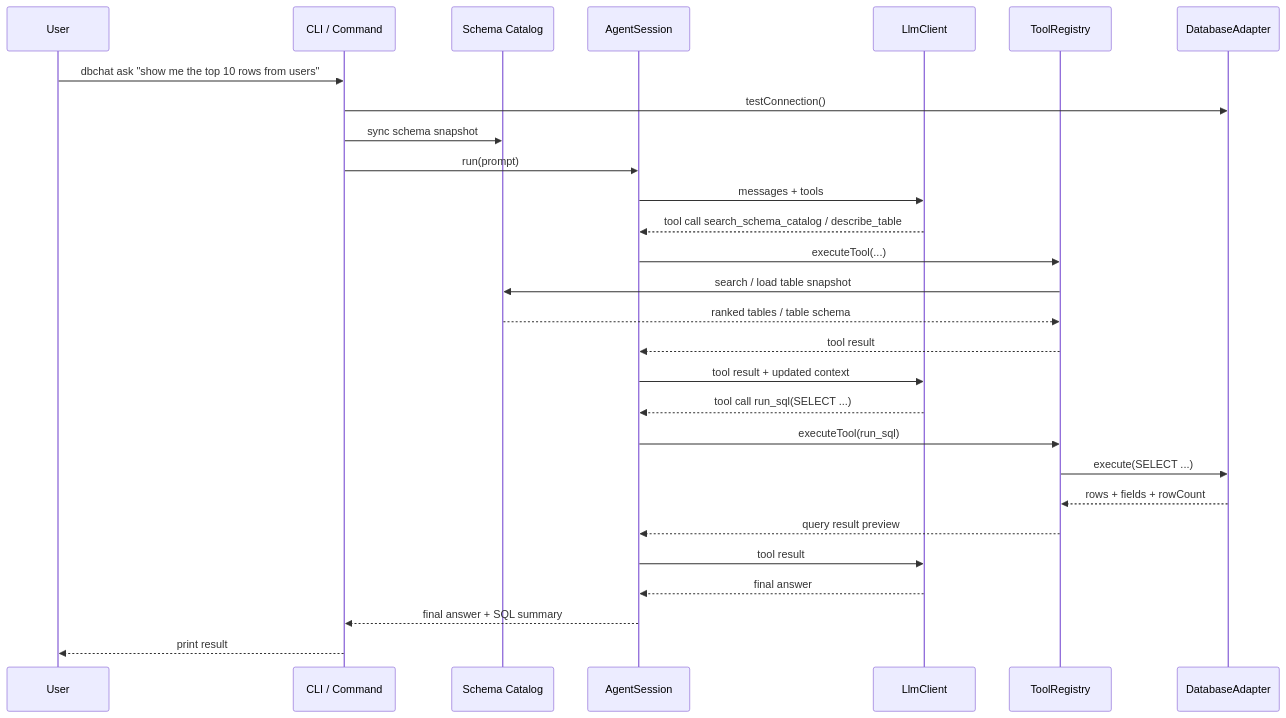
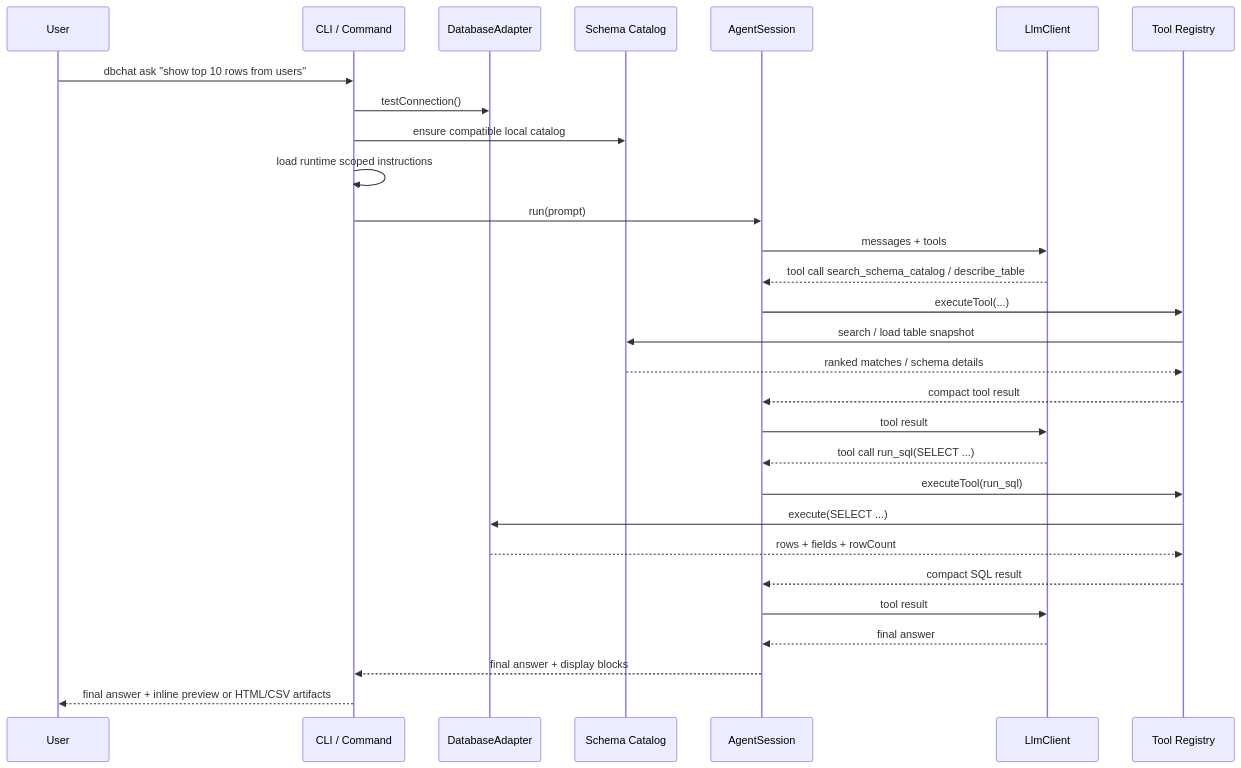
One commit to Codewarning/dbchat-cli changed the third of 6 diagrams in docs/architecture-diagrams.md. Above: the diagram before and after it, drawn with Mermaid. The commit also changed other lines of this file and 84 other files, not shown here.

````diff
--- a/docs/architecture-diagrams.md
+++ b/docs/architecture-diagrams.md
@@ -101,31 +102,32 @@
 ```mermaid
 sequenceDiagram
     participant User
     participant CLI as CLI / Command
+    participant DB as DatabaseAdapter
     participant Catalog as Schema Catalog
     participant Agent as AgentSession
     participant LLM as LlmClient
-    participant Tools as ToolRegistry
-    participant DB as DatabaseAdapter
+    participant Tools as Tool Registry
 
-    User->>CLI: dbchat ask "show me the top 10 rows from users"
+    User->>CLI: dbchat ask "show top 10 rows from users"
     CLI->>DB: testConnection()
-    CLI->>Catalog: sync schema snapshot
+    CLI->>Catalog: ensure compatible local catalog
+    CLI->>CLI: load runtime scoped instructions
     CLI->>Agent: run(prompt)
     Agent->>LLM: messages + tools
     LLM-->>Agent: tool call search_schema_catalog / describe_table
     Agent->>Tools: executeTool(...)
     Tools->>Catalog: search / load table snapshot
-    Catalog-->>Tools: ranked tables / table schema
-    Tools-->>Agent: tool result
-    Agent->>LLM: tool result + updated context
+    Catalog-->>Tools: ranked matches / schema details
+    Tools-->>Agent: compact tool result
+    Agent->>LLM: tool result
     LLM-->>Agent: tool call run_sql(SELECT ...)
     Agent->>Tools: executeTool(run_sql)
     Tools->>DB: execute(SELECT ...)
     DB-->>Tools: rows + fields + rowCount
-    Tools-->>Agent: query result preview
+    Tools-->>Agent: compact SQL result
     Agent->>LLM: tool result
     LLM-->>Agent: final answer
-    Agent-->>CLI: final answer + SQL summary
-    CLI-->>User: print result
+    Agent-->>CLI: final answer + display blocks
+    CLI-->>User: final answer + inline preview or HTML/CSV artifacts
 ```
````
